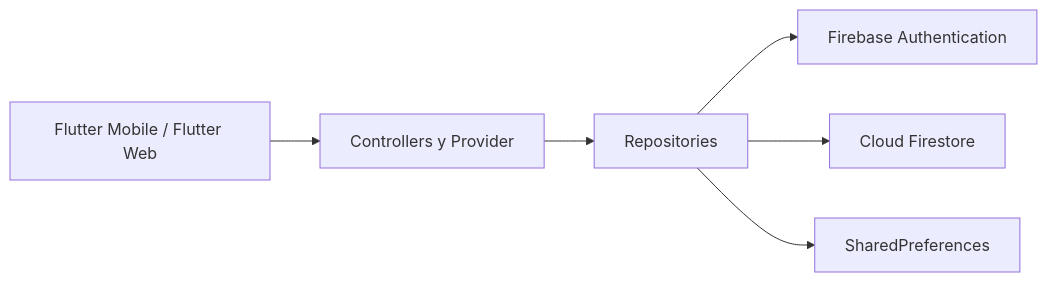
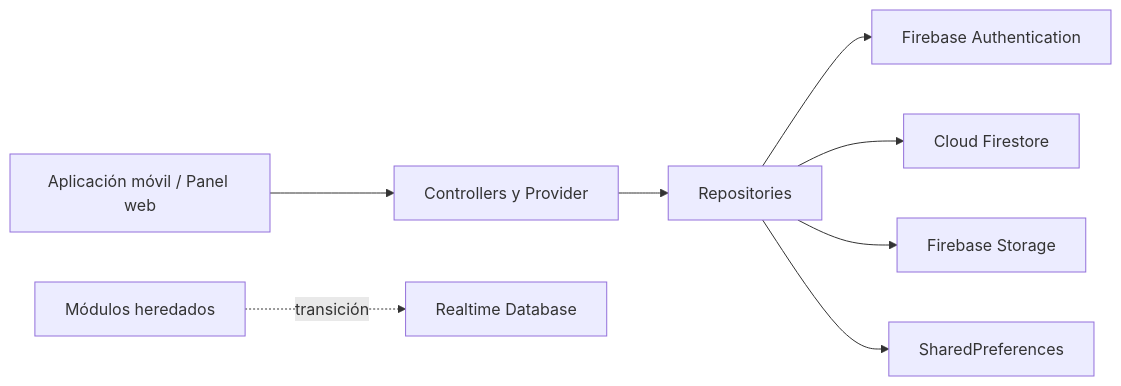
The diagram in README.md (IsLuis-Dev/Montessori-App), drawn with Mermaid before and after one commit. The commit also changed other lines of this file and 1 other file, not shown here.

````diff
--- a/README.md
+++ b/README.md
@@ -65,8 +83,10 @@
 ```mermaid
 flowchart LR
-    UI["Flutter Mobile / Flutter Web"] --> State["Controllers y Provider"]
+    UI["Aplicación móvil / Panel web"] --> State["Controllers y Provider"]
     State --> Repo["Repositories"]
     Repo --> Auth["Firebase Authentication"]
     Repo --> DB["Cloud Firestore"]
+    Repo --> Files["Firebase Storage"]
     Repo --> Local["SharedPreferences"]
+    Legacy["Módulos heredados"] -. transición .-> RTDB["Realtime Database"]
 ```
````
